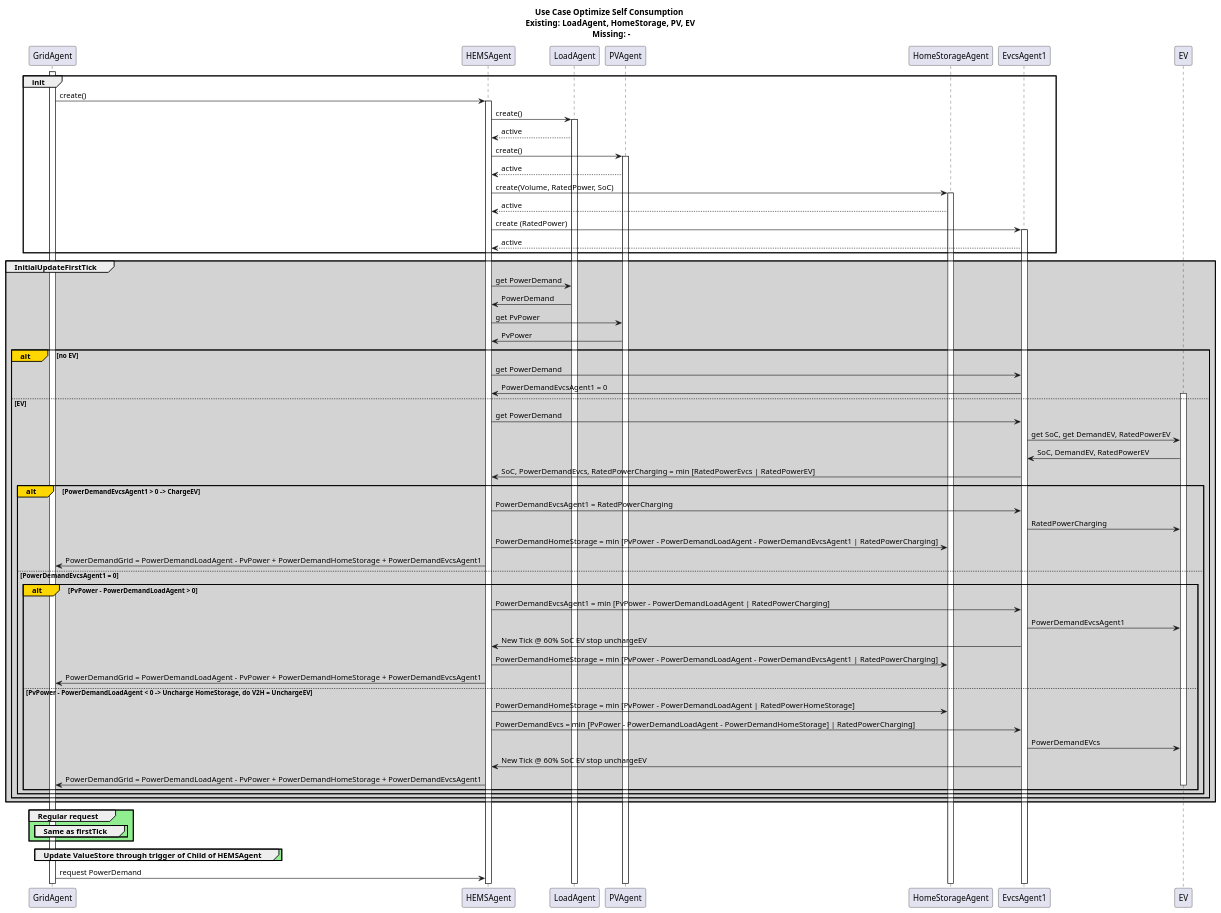
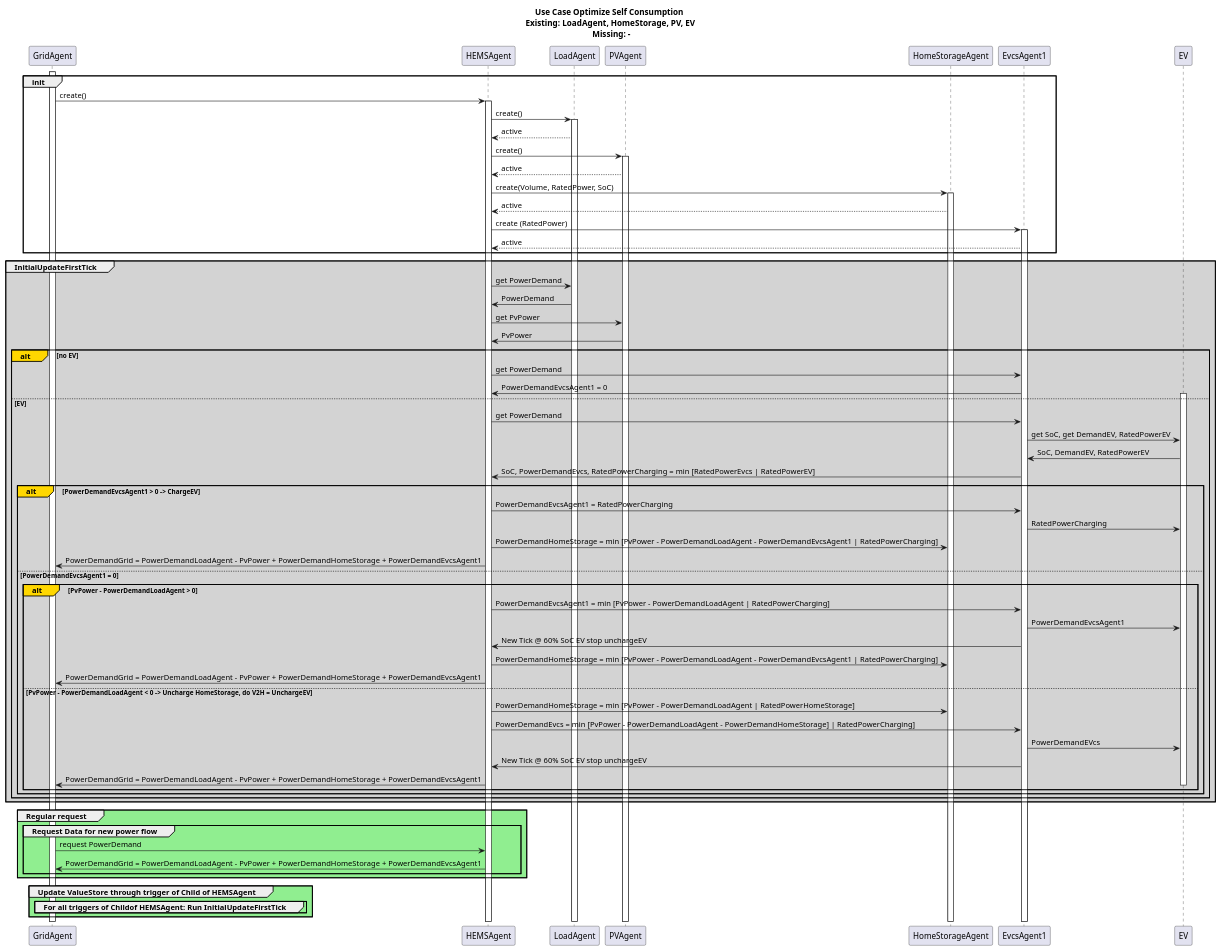
One commit to ie3-institute/simona changed the diagram in docs/uml/protocol/HEMS_Control/HemsControlSelfOptLoadPvStorageEv.puml. Above: the diagram before and after it, drawn with PlantUML.

Commit message:
complete regular request and update through trigger of childs

```diff
--- a/docs/uml/protocol/HEMS_Control/HemsControlSelfOptLoadPvStorageEv.puml
+++ b/docs/uml/protocol/HEMS_Control/HemsControlSelfOptLoadPvStorageEv.puml
@@ -1,94 +1,97 @@
 @startuml
 /'
 
 
 New tick 60% by EvcsAgent not HEMSAgent
 
 todo:
    -
 '/
 title Use Case Optimize Self Consumption \n Existing: LoadAgent, HomeStorage, PV, EV \n Missing: -
 participant GridAgent
 participant HEMSAgent
 participant LoadAgent
 participant PVAgent
 participant HomeStorageAgent
 participant EvcsAgent1
 participant EV
 group init
     activate GridAgent
     GridAgent -> HEMSAgent: create()
     activate HEMSAgent
 
     HEMSAgent -> LoadAgent: create()
         activate LoadAgent
         LoadAgent --> HEMSAgent: active
 
     HEMSAgent -> PVAgent: create()
         activate PVAgent
         PVAgent --> HEMSAgent: active
 
     HEMSAgent -> HomeStorageAgent: create(Volume, RatedPower, SoC)
         activate HomeStorageAgent
         HomeStorageAgent --> HEMSAgent: active
 
 
     HEMSAgent -> EvcsAgent1: create (RatedPower)
         activate EvcsAgent1
         EvcsAgent1 --> HEMSAgent: active
 
     end
 
 group #LightGrey InitialUpdateFirstTick
 
     HEMSAgent -> LoadAgent: get PowerDemand
     LoadAgent -> HEMSAgent: PowerDemand
     HEMSAgent -> PVAgent: get PvPower
     PVAgent -> HEMSAgent: PvPower
     alt#Gold no EV
     HEMSAgent -> EvcsAgent1: get PowerDemand
     EvcsAgent1 -> HEMSAgent: PowerDemandEvcsAgent1 = 0
     else EV
     activate EV
         HEMSAgent -> EvcsAgent1: get PowerDemand
         EvcsAgent1 -> EV: get SoC, get DemandEV, RatedPowerEV
         EV -> EvcsAgent1: SoC, DemandEV, RatedPowerEV
         EvcsAgent1 -> HEMSAgent: SoC, PowerDemandEvcs, RatedPowerCharging = min [RatedPowerEvcs  | RatedPowerEV]
         /' If there is Demand of the EV to be charged, this will be fulfilled at max Power
         '/
         alt#Gold PowerDemandEvcsAgent1 > 0 -> ChargeEV
             HEMSAgent -> EvcsAgent1: PowerDemandEvcsAgent1 = RatedPowerCharging
             EvcsAgent1 -> EV: RatedPowerCharging
             HEMSAgent -> HomeStorageAgent: PowerDemandHomeStorage = min [PvPower - PowerDemandLoadAgent - PowerDemandEvcsAgent1 | RatedPowerCharging]
             HEMSAgent -> GridAgent: PowerDemandGrid = PowerDemandLoadAgent - PvPower + PowerDemandHomeStorage + PowerDemandEvcsAgent1
         /' If there is NO Demand of the EV to be charged,
             if there is more PV then Demand of LoadAgent, EV will be charged with min of PV - DemandLoadAgent or with RatedPowerCharging (Delta to Homestorage or then Feed-in ) till SoC of 60%
             if there is less PV then Demand of LoadAgent, HomeStorage will be uncharged, if this isn't enough to avoid taking power from Grid, EV will be uncharged till SoC !=< 60%
             '/
         else PowerDemandEvcsAgent1 = 0
             alt#Gold PvPower - PowerDemandLoadAgent > 0 /' Soc !< 1 '/
             HEMSAgent -> EvcsAgent1: PowerDemandEvcsAgent1 = min [PvPower - PowerDemandLoadAgent | RatedPowerCharging]
             EvcsAgent1 -> EV: PowerDemandEvcsAgent1
             EvcsAgent1 -> HEMSAgent: New Tick @ 60% SoC EV stop unchargeEV
             HEMSAgent -> HomeStorageAgent: PowerDemandHomeStorage = min [PvPower - PowerDemandLoadAgent - PowerDemandEvcsAgent1 | RatedPowerCharging]
             HEMSAgent -> GridAgent: PowerDemandGrid = PowerDemandLoadAgent - PvPower + PowerDemandHomeStorage + PowerDemandEvcsAgent1
             else PvPower - PowerDemandLoadAgent < 0 -> Uncharge HomeStorage, do V2H = UnchargeEV /' SoC !> 60 '/
             HEMSAgent -> HomeStorageAgent: PowerDemandHomeStorage = min [PvPower - PowerDemandLoadAgent | RatedPowerHomeStorage] /'TODO it's not minimum should be Minimum of Absolute Value, but preserve the direction of energy flow '/
             HEMSAgent -> EvcsAgent1: PowerDemandEvcs = min [PvPower - PowerDemandLoadAgent - PowerDemandHomeStorage] | RatedPowerCharging]
             EvcsAgent1 -> EV: PowerDemandEVcs
             EvcsAgent1 -> HEMSAgent: New Tick @ 60% SoC EV stop unchargeEV
             HEMSAgent -> GridAgent: PowerDemandGrid = PowerDemandLoadAgent - PvPower + PowerDemandHomeStorage + PowerDemandEvcsAgent1
             deactivate EV
             end
         end
     end
     end
 group #LightGreen Regular request
-    group Same as firstTick
+    group Request Data for new power flow
+        GridAgent -> HEMSAgent: request PowerDemand
+        HEMSAgent -> GridAgent: PowerDemandGrid = PowerDemandLoadAgent - PvPower + PowerDemandHomeStorage + PowerDemandEvcsAgent1
     end
     end
 group #LightGreen Update ValueStore through trigger of Child of HEMSAgent
-/'TODO needs to be filled'/
+    group For all triggers of Childof HEMSAgent: Run InitialUpdateFirstTick
+    end
 end
-GridAgent -> HEMSAgent: request PowerDemand
+
 @enduml
```
